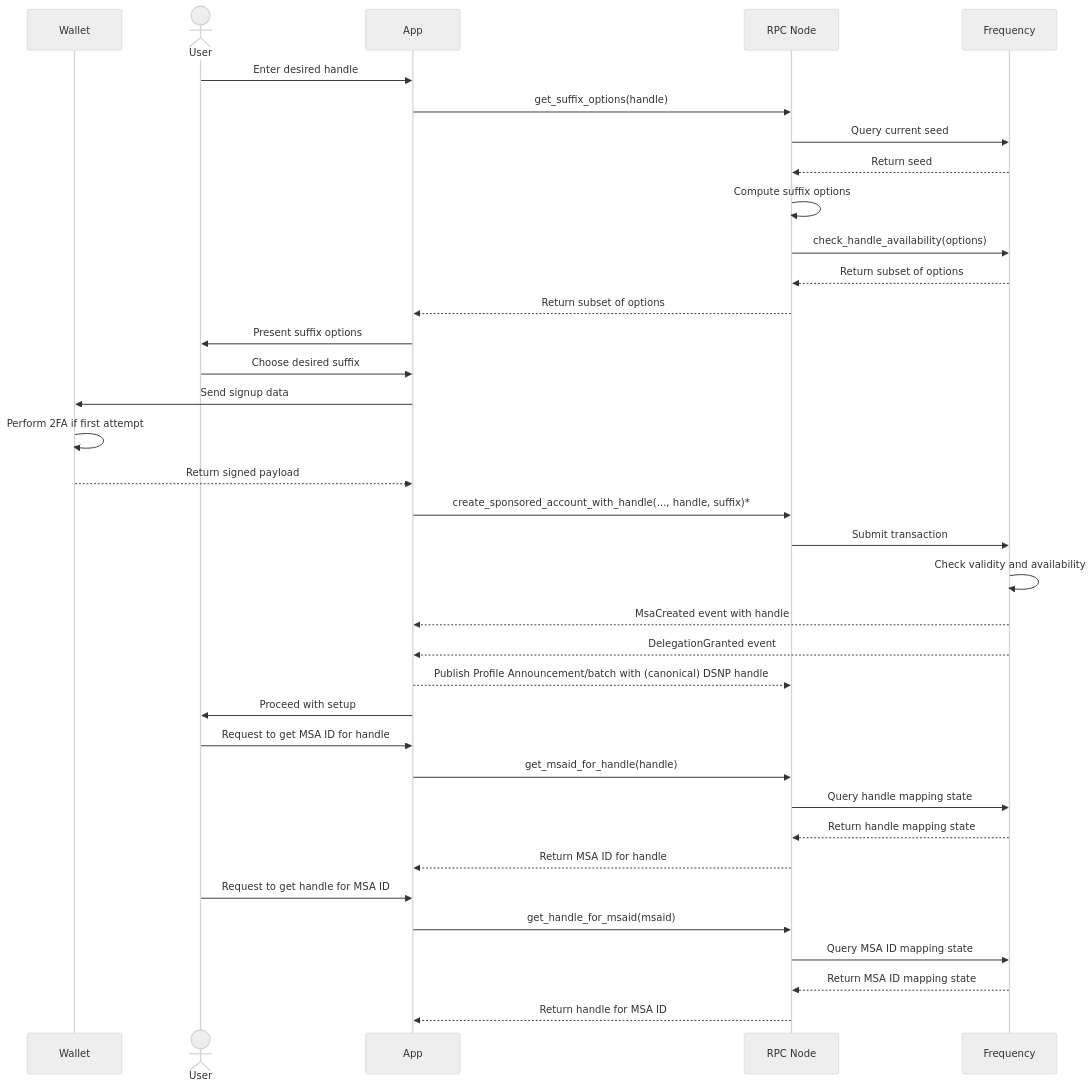
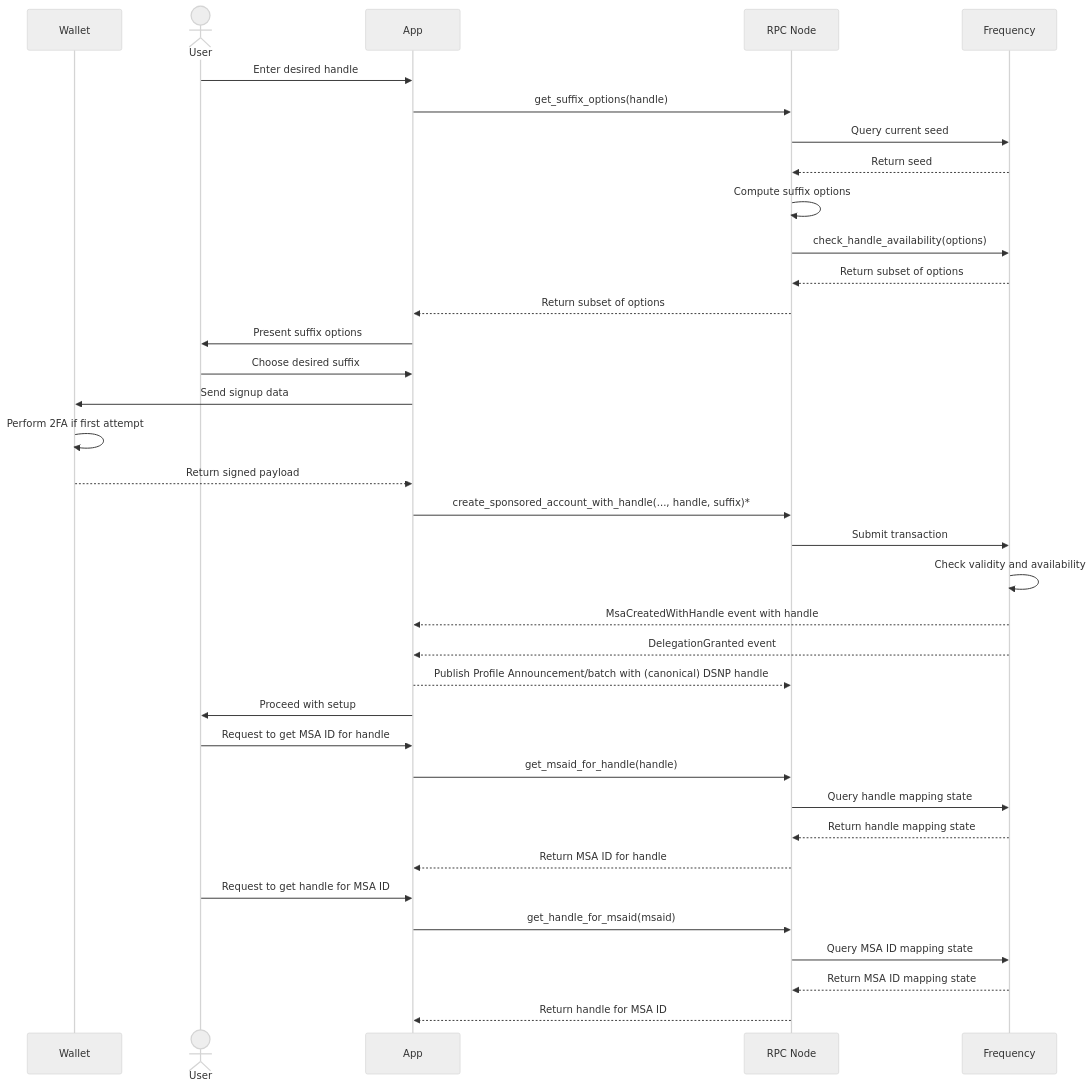
The first of 2 diagrams in designdocs/user-handles.md (frequency-chain/frequency), drawn with Mermaid (neutral theme) before and after one commit. The commit also changed other lines of this file, not shown here.

````diff
--- a/designdocs/user-handles.md
+++ b/designdocs/user-handles.md
@@ -53,38 +54,38 @@
 ```mermaid
 sequenceDiagram
     participant Wallet
     actor User
     participant App
     participant RPC as RPC Node
     participant Chain as Frequency
     User->>App: Enter desired handle
     App->>RPC: get_suffix_options(handle)
     RPC->>Chain: Query current seed
     Chain-->>RPC: Return seed
     RPC->>RPC: Compute suffix options
     RPC->>Chain: check_handle_availability(options)
     Chain-->>RPC: Return subset of options
     RPC-->>App: Return subset of options
     App->>User: Present suffix options
     User->>App: Choose desired suffix
     App->>Wallet: Send signup data
     Wallet->>Wallet: Perform 2FA if first attempt
     Wallet-->>App: Return signed payload
     App->>RPC: create_sponsored_account_with_handle(..., handle, suffix)*
     RPC->>Chain: Submit transaction
     Chain->>Chain: Check validity and availability
-    Chain-->>App: MsaCreated event with handle
+    Chain-->>App: MsaCreatedWithHandle event with handle
     Chain-->>App: DelegationGranted event
     App-->>RPC: Publish Profile Announcement/batch with (canonical) DSNP handle
     App->>User: Proceed with setup
     User->>App: Request to get MSA ID for handle
     App->>RPC: get_msaid_for_handle(handle)
     RPC->>Chain: Query handle mapping state
     Chain-->>RPC: Return handle mapping state
     RPC-->>App: Return MSA ID for handle
     User->>App: Request to get handle for MSA ID
     App->>RPC: get_handle_for_msaid(msaid)
     RPC->>Chain: Query MSA ID mapping state
     Chain-->>RPC: Return MSA ID mapping state
     RPC-->>App: Return handle for MSA ID
 ```
````
